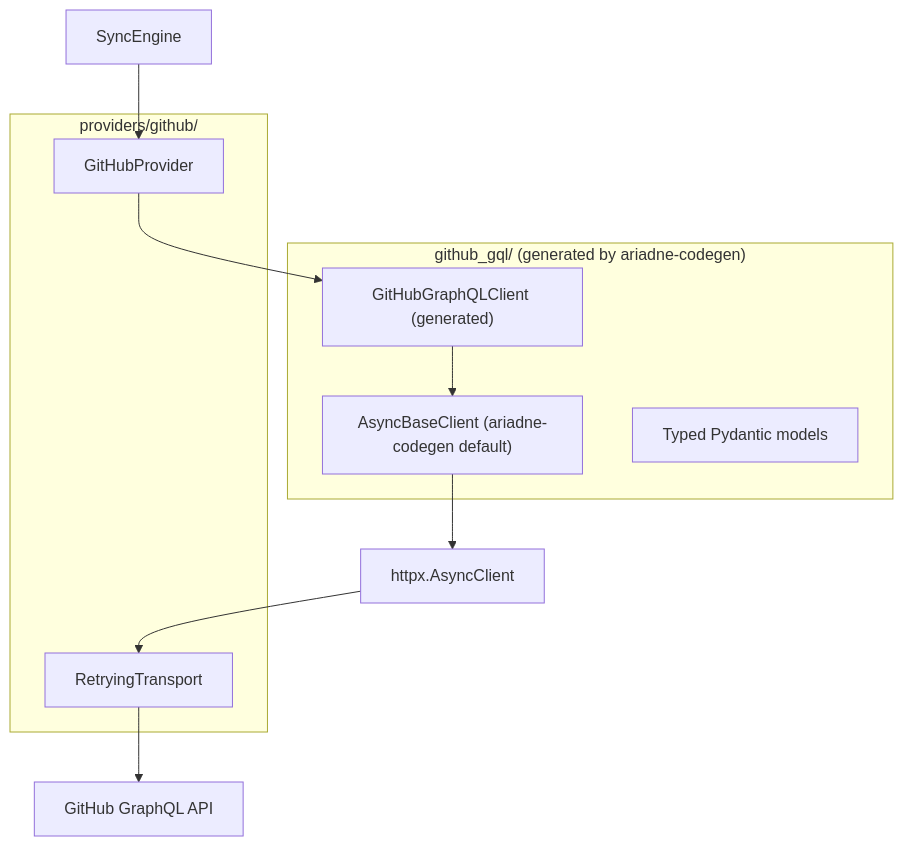
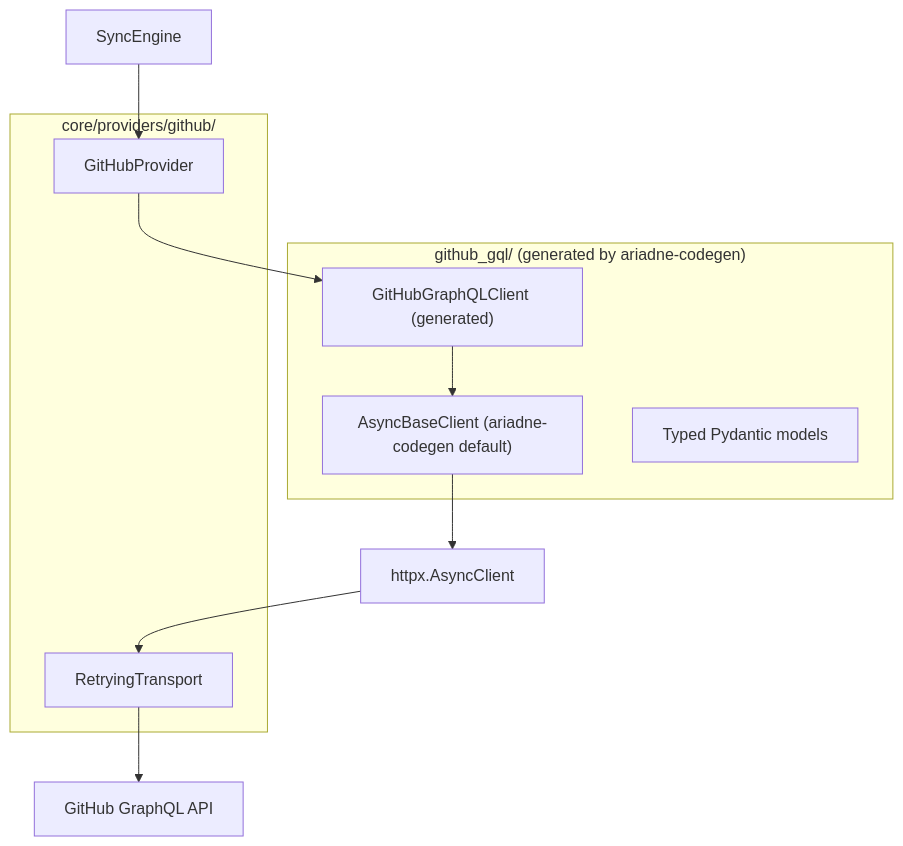
The diagram in docs/modules/github-provider.md (aryeko/planpilot), drawn with Mermaid before and after one commit. The commit also changed other lines of this file and 276 other files, not shown here.

````diff
--- a/docs/modules/github-provider.md
+++ b/docs/modules/github-provider.md
@@ -7,20 +7,20 @@
 ```mermaid
 flowchart TD
     Engine["SyncEngine"] --> Provider["GitHubProvider"]
     Provider --> GQL["GitHubGraphQLClient (generated)"]
     GQL --> Base["AsyncBaseClient (ariadne-codegen default)"]
     Base --> HTTPX["httpx.AsyncClient"]
     HTTPX --> Transport["RetryingTransport"]
     Transport --> API["GitHub GraphQL API"]
 
     subgraph generated ["github_gql/ (generated by ariadne-codegen)"]
         GQL
         Base
         Models["Typed Pydantic models"]
     end
 
-    subgraph provider_pkg ["providers/github/"]
+    subgraph provider_pkg ["core/providers/github/"]
         Provider
         Transport
     end
 ```
````
